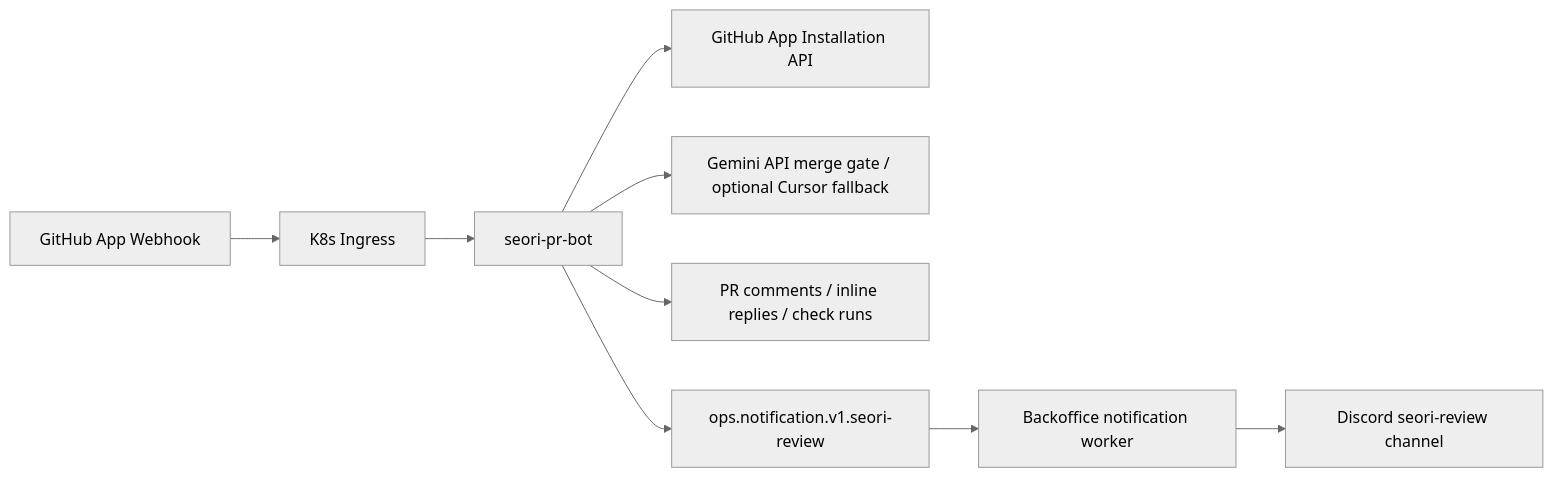
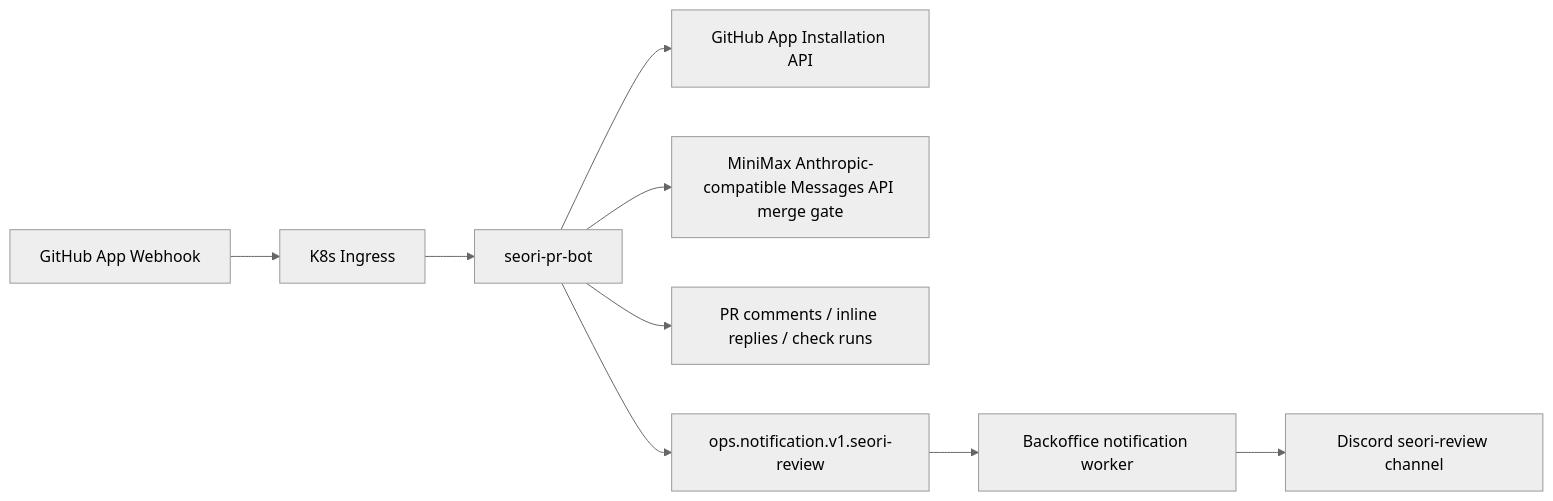
One commit to seorilabs/gemini-pr-bot changed the first of 4 diagrams in README.md. Above: the diagram before and after it, drawn with Mermaid (neutral theme). The commit also changed other lines of this file and 25 other files, not shown here.

First line of the commit message:
feat: 브레인을 MiniMax 직결로 전환하고 잔소리 결함 리뷰를 통합한다 (#31)

````diff
--- a/README.md
+++ b/README.md
@@ -5,11 +5,11 @@
 ```mermaid
 flowchart LR
   GitHub["GitHub App Webhook"] --> Ingress["K8s Ingress"]
   Ingress --> Bot["seori-pr-bot"]
   Bot --> GitHubAPI["GitHub App Installation API"]
-  Bot --> Providers["Gemini API merge gate / optional Cursor fallback"]
+  Bot --> Providers["MiniMax Anthropic-compatible Messages API merge gate"]
   Bot --> Comment["PR comments / inline replies / check runs"]
   Bot --> NATS["ops.notification.v1.seori-review"]
   NATS --> Backoffice["Backoffice notification worker"]
   Backoffice --> Discord["Discord seori-review channel"]
 ```
````
